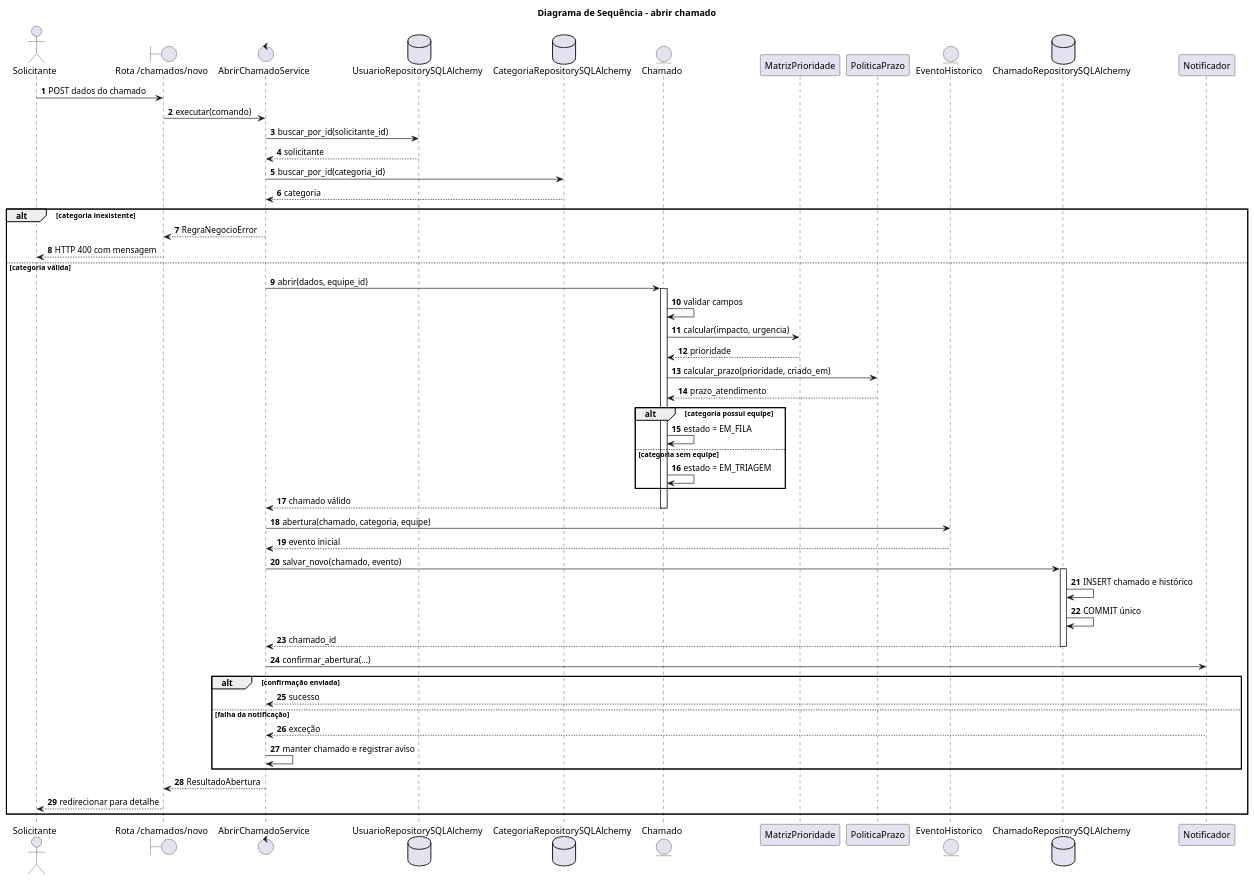
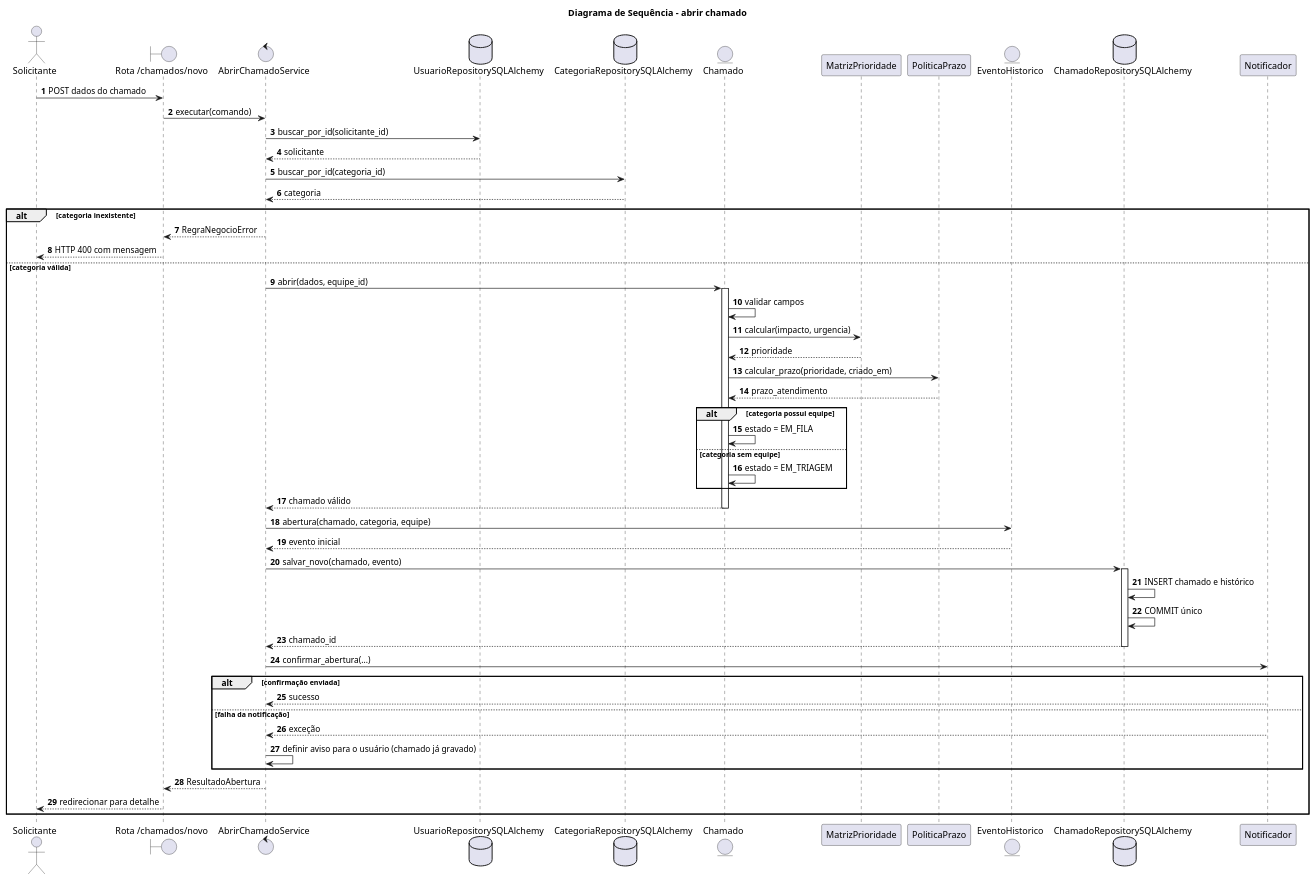
Before and after one commit to ricardobacano/Trabalho-Design-: the diagram in docs/diagramas/sequencia.puml, drawn with PlantUML. The commit also changed 5 other files, not shown here.

Commit message:
Alinhar diagramas com o protótipo e regenerar imagens

```diff
--- a/docs/diagramas/sequencia.puml
+++ b/docs/diagramas/sequencia.puml
@@ -1,62 +1,62 @@
 @startuml
 title Diagrama de Sequência - abrir chamado
 autonumber
 
 actor Solicitante
 boundary "Rota /chamados/novo" as Rota
 control AbrirChamadoService as Service
 database UsuarioRepositorySQLAlchemy as UserRepo
 database CategoriaRepositorySQLAlchemy as CatRepo
 entity Chamado
 participant MatrizPrioridade as Matriz
 participant PoliticaPrazo as Prazo
 entity EventoHistorico
 database ChamadoRepositorySQLAlchemy as ChamadoRepo
 participant Notificador as Notificador
 
 Solicitante -> Rota: POST dados do chamado
 Rota -> Service: executar(comando)
 Service -> UserRepo: buscar_por_id(solicitante_id)
 UserRepo --> Service: solicitante
 Service -> CatRepo: buscar_por_id(categoria_id)
 CatRepo --> Service: categoria
 
 alt categoria inexistente
   Service --> Rota: RegraNegocioError
   Rota --> Solicitante: HTTP 400 com mensagem
 else categoria válida
   Service -> Chamado: abrir(dados, equipe_id)
   activate Chamado
   Chamado -> Chamado: validar campos
   Chamado -> Matriz: calcular(impacto, urgencia)
   Matriz --> Chamado: prioridade
   Chamado -> Prazo: calcular_prazo(prioridade, criado_em)
   Prazo --> Chamado: prazo_atendimento
   alt categoria possui equipe
     Chamado -> Chamado: estado = EM_FILA
   else categoria sem equipe
     Chamado -> Chamado: estado = EM_TRIAGEM
   end
   Chamado --> Service: chamado válido
   deactivate Chamado
 
   Service -> EventoHistorico: abertura(chamado, categoria, equipe)
   EventoHistorico --> Service: evento inicial
   Service -> ChamadoRepo: salvar_novo(chamado, evento)
   activate ChamadoRepo
   ChamadoRepo -> ChamadoRepo: INSERT chamado e histórico
   ChamadoRepo -> ChamadoRepo: COMMIT único
   ChamadoRepo --> Service: chamado_id
   deactivate ChamadoRepo
 
   Service -> Notificador: confirmar_abertura(...)
   alt confirmação enviada
     Notificador --> Service: sucesso
   else falha da notificação
     Notificador --> Service: exceção
-    Service -> Service: manter chamado e registrar aviso
+    Service -> Service: definir aviso para o usuário (chamado já gravado)
   end
   Service --> Rota: ResultadoAbertura
   Rota --> Solicitante: redirecionar para detalhe
 end
 @enduml
```
